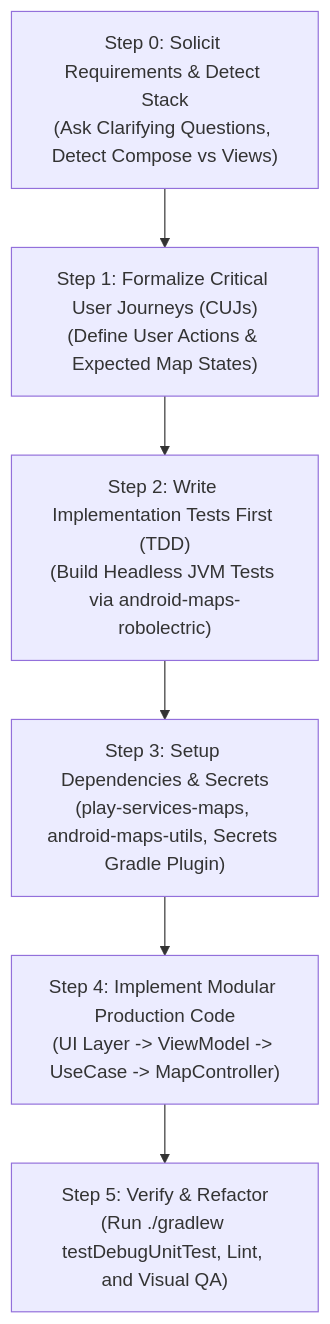
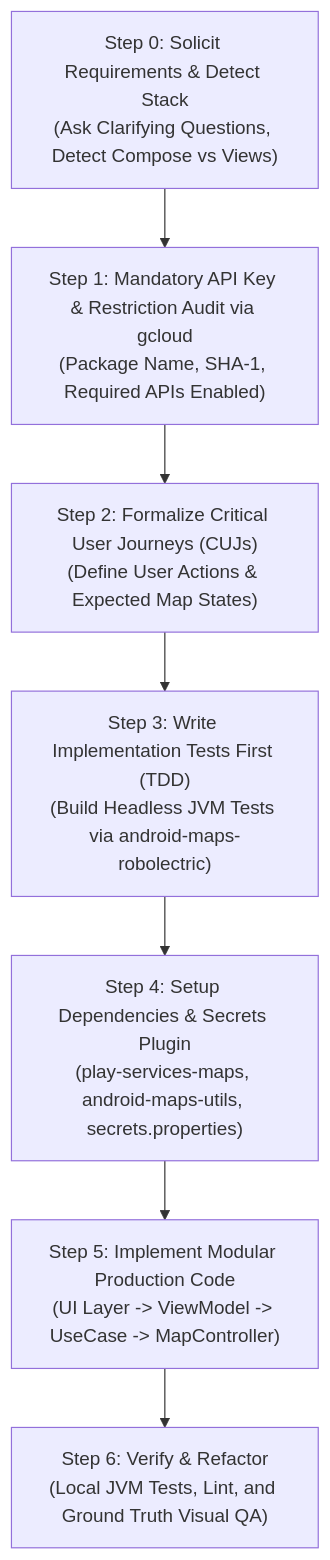
The diagram in .gemini/skills/android-maps-sdk/SKILL.md (googlemaps-samples/android-samples), drawn with Mermaid before and after one commit. The commit also changed other lines of this file and 1 other file, not shown here.

Commit message:
feat(skills): mandate pre-flight API key and restriction audit via gcloud before building or deploying

````diff
--- a/.gemini/skills/android-maps-sdk/SKILL.md
+++ b/.gemini/skills/android-maps-sdk/SKILL.md
@@ -84,8 +95,9 @@
 ```mermaid
 flowchart TD
-    Step0["Step 0: Solicit Requirements & Detect Stack\n(Ask Clarifying Questions, Detect Compose vs Views)"] --> Step1["Step 1: Formalize Critical User Journeys (CUJs)\n(Define User Actions & Expected Map States)"]
-    Step1 --> Step2["Step 2: Write Implementation Tests First (TDD)\n(Build Headless JVM Tests via android-maps-robolectric)"]
-    Step2 --> Step3["Step 3: Setup Dependencies & Secrets\n(play-services-maps, android-maps-utils, Secrets Gradle Plugin)"]
-    Step3 --> Step4["Step 4: Implement Modular Production Code\n(UI Layer -> ViewModel -> UseCase -> MapController)"]
-    Step4 --> Step5["Step 5: Verify & Refactor\n(Run ./gradlew testDebugUnitTest, Lint, and Visual QA)"]
+    Step0["Step 0: Solicit Requirements & Detect Stack\n(Ask Clarifying Questions, Detect Compose vs Views)"] --> Step1["Step 1: Mandatory API Key & Restriction Audit via gcloud\n(Package Name, SHA-1, Required APIs Enabled)"]
+    Step1 --> Step2["Step 2: Formalize Critical User Journeys (CUJs)\n(Define User Actions & Expected Map States)"]
+    Step2 --> Step3["Step 3: Write Implementation Tests First (TDD)\n(Build Headless JVM Tests via android-maps-robolectric)"]
+    Step3 --> Step4["Step 4: Setup Dependencies & Secrets Plugin\n(play-services-maps, android-maps-utils, secrets.properties)"]
+    Step4 --> Step5["Step 5: Implement Modular Production Code\n(UI Layer -> ViewModel -> UseCase -> MapController)"]
+    Step5 --> Step6["Step 6: Verify & Refactor\n(Local JVM Tests, Lint, and Ground Truth Visual QA)"]
 ```
````
